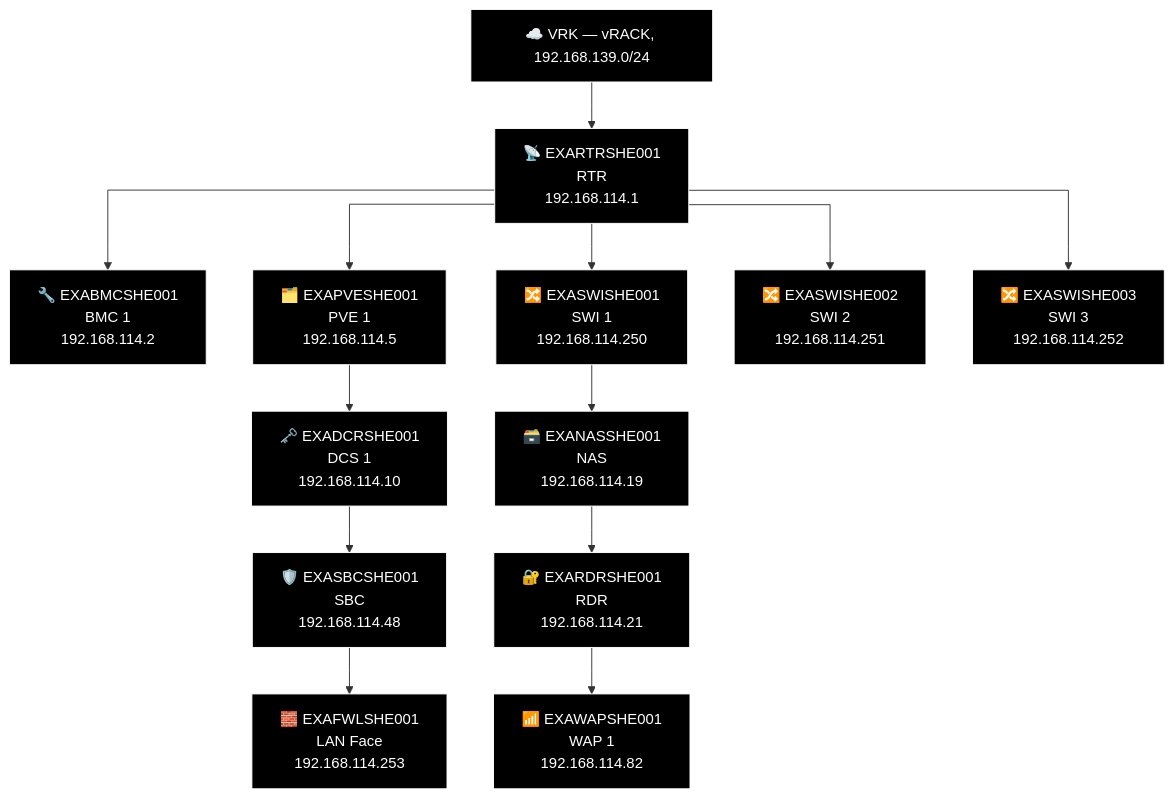
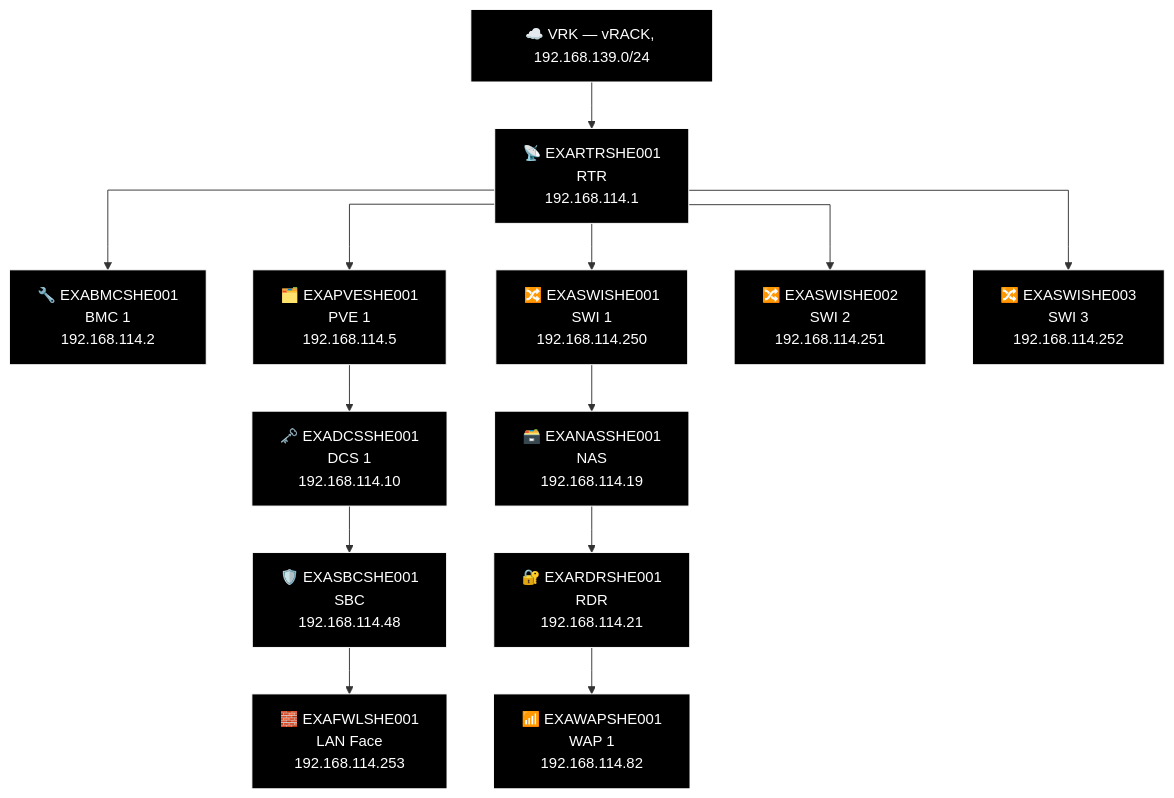
Before and after one commit to knightmare2600/example_music_infra: diagram 18 of 27 in docs/network-diagram/england.md, drawn with Mermaid. The commit also changed other lines of this file and 11 other files, not shown here.

````diff
--- a/docs/network-diagram/england.md
+++ b/docs/network-diagram/england.md
@@ -864,40 +864,40 @@
 ```mermaid
 %% GENERATED:TOPOLOGY:SHE:START
 %%{init: {'flowchart': {'curve': 'stepAfter'}}}%%
 graph TD
     T_VRK["☁️ VRK — vRACK, 192.168.139.0/24"]
     T_RTR["📡 EXARTRSHE001<br/>RTR<br/>192.168.114.1"]
     T_VRK --> T_RTR
     T_BMC["🔧 EXABMCSHE001<br/>BMC 1<br/>192.168.114.2"]
     T_RTR --> T_BMC
     T_PVE["🗂️ EXAPVESHE001<br/>PVE 1<br/>192.168.114.5"]
     T_RTR --> T_PVE
     T_SWI["🔀 EXASWISHE001<br/>SWI 1<br/>192.168.114.250"]
     T_RTR --> T_SWI
     T_SWI2["🔀 EXASWISHE002<br/>SWI 2<br/>192.168.114.251"]
     T_RTR --> T_SWI2
     T_SWI3["🔀 EXASWISHE003<br/>SWI 3<br/>192.168.114.252"]
     T_RTR --> T_SWI3
     T_NAS["🗃️ EXANASSHE001<br/>NAS<br/>192.168.114.19"]
     T_RDR["🔐 EXARDRSHE001<br/>RDR<br/>192.168.114.21"]
     T_WAP["📶 EXAWAPSHE001<br/>WAP 1<br/>192.168.114.82"]
     T_SWI --> T_NAS --> T_RDR --> T_WAP
-    T_DCS["🗝️ EXADCRSHE001<br/>DCS 1<br/>192.168.114.10"]
+    T_DCS["🗝️ EXADCSSHE001<br/>DCS 1<br/>192.168.114.10"]
     T_SBC["🛡️ EXASBCSHE001<br/>SBC<br/>192.168.114.48"]
     T_FWL["🧱 EXAFWLSHE001<br/>LAN Face<br/>192.168.114.253"]
     T_PVE --> T_DCS --> T_SBC --> T_FWL
     style T_VRK fill:#000000,stroke:#FFFFFF,color:#FFFFFF
     style T_RTR fill:#000000,stroke:#FFFFFF,color:#FFFFFF
     style T_BMC fill:#000000,stroke:#FFFFFF,color:#FFFFFF
     style T_PVE fill:#000000,stroke:#FFFFFF,color:#FFFFFF
     style T_SWI fill:#000000,stroke:#FFFFFF,color:#FFFFFF
     style T_SWI2 fill:#000000,stroke:#FFFFFF,color:#FFFFFF
     style T_SWI3 fill:#000000,stroke:#FFFFFF,color:#FFFFFF
     style T_NAS fill:#000000,stroke:#FFFFFF,color:#FFFFFF
     style T_RDR fill:#000000,stroke:#FFFFFF,color:#FFFFFF
     style T_WAP fill:#000000,stroke:#FFFFFF,color:#FFFFFF
     style T_DCS fill:#000000,stroke:#FFFFFF,color:#FFFFFF
     style T_SBC fill:#000000,stroke:#FFFFFF,color:#FFFFFF
     style T_FWL fill:#000000,stroke:#FFFFFF,color:#FFFFFF
 %% GENERATED:TOPOLOGY:SHE:END
 ```
````
